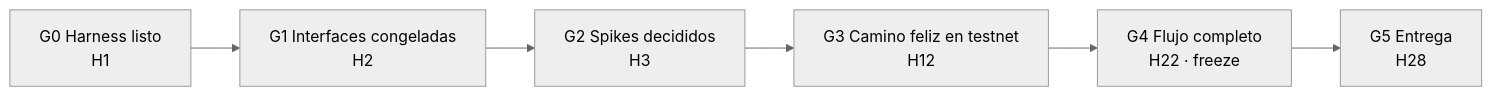
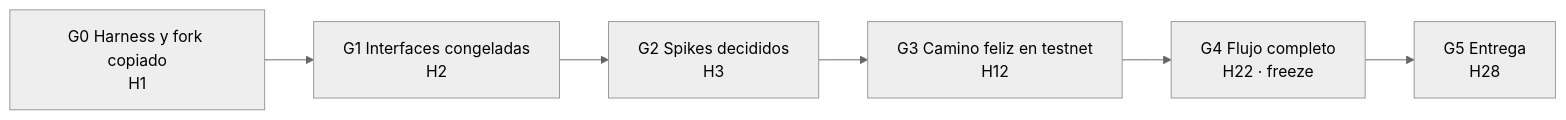
Before and after one commit to jzelada97/Pledge: the first of 2 diagrams in docs/PIPELINE.md, drawn with Mermaid (neutral theme). The commit also changed other lines of this file, not shown here.

````diff
--- a/docs/PIPELINE.md
+++ b/docs/PIPELINE.md
@@ -7,8 +7,8 @@
 ```mermaid
 flowchart LR
-  G0[G0 Harness listo<br/>H1] --> G1[G1 Interfaces congeladas<br/>H2]
+  G0[G0 Harness y fork copiado<br/>H1] --> G1[G1 Interfaces congeladas<br/>H2]
   G1 --> G2[G2 Spikes decididos<br/>H3]
   G2 --> G3[G3 Camino feliz en testnet<br/>H12]
   G3 --> G4[G4 Flujo completo<br/>H22 · freeze]
   G4 --> G5[G5 Entrega<br/>H28]
 ```
````
